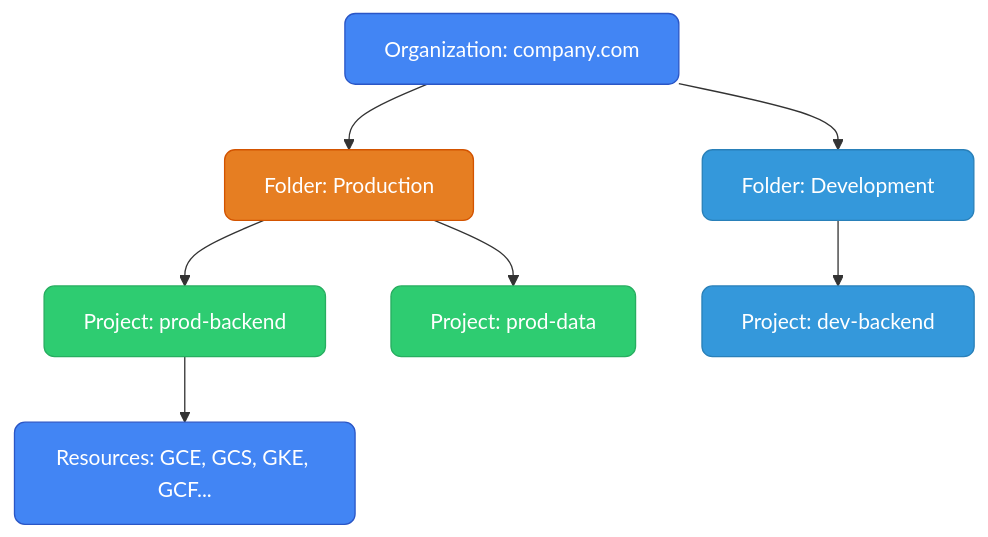
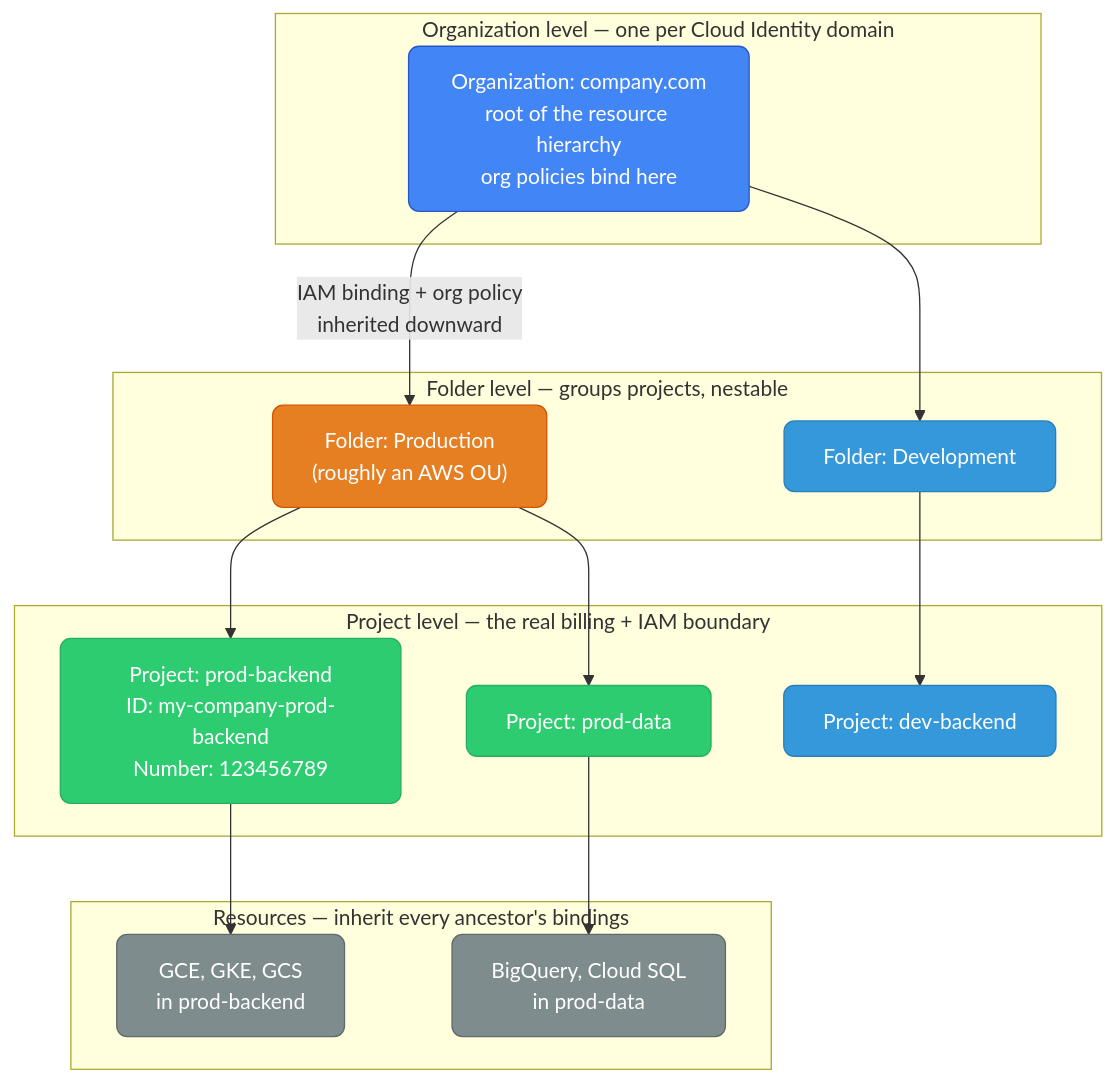
The first of 3 diagrams in gcp/from-aws.md (deepanshu-rawat6/DevOpsIndex), drawn with Mermaid before and after one commit. The commit also changed other lines of this file and 14 other files, not shown here.

````diff
--- a/gcp/from-aws.md
+++ b/gcp/from-aws.md
@@ -45,22 +65,37 @@
 ```mermaid
 graph TD
-    classDef gcp fill:#4285f4,stroke:#2a56c6,color:#fff,rx:8
-    classDef orange fill:#e67e22,stroke:#d35400,color:#fff,rx:8
-    classDef blue fill:#3498db,stroke:#2980b9,color:#fff,rx:8
-    classDef green fill:#2ecc71,stroke:#27ae60,color:#fff,rx:8
+    classDef org fill:#4285f4,stroke:#2a56c6,color:#fff,rx:8
+    classDef folderProd fill:#e67e22,stroke:#d35400,color:#fff,rx:8
+    classDef folderDev fill:#3498db,stroke:#2980b9,color:#fff,rx:8
+    classDef projectProd fill:#2ecc71,stroke:#27ae60,color:#fff,rx:8
+    classDef projectDev fill:#3498db,stroke:#2980b9,color:#fff,rx:8
+    classDef resource fill:#7f8c8d,stroke:#616a6b,color:#fff,rx:8
 
-    ORG["Organization: company.com"]:::gcp
-    FOLDER_P["Folder: Production"]:::orange
-    FOLDER_D["Folder: Development"]:::blue
-    PROJ1["Project: prod-backend"]:::green
-    PROJ2["Project: prod-data"]:::green
-    PROJ3["Project: dev-backend"]:::blue
-    RES["Resources: GCE, GCS, GKE, GCF..."]:::gcp
+    subgraph ORGLEVEL["Organization level — one per Cloud Identity domain"]
+        ORG["Organization: company.com<br/>root of the resource hierarchy<br/>org policies bind here"]:::org
+    end
 
-    ORG --> FOLDER_P
+    subgraph FOLDERLEVEL["Folder level — groups projects, nestable"]
+        FOLDER_P["Folder: Production<br/>(roughly an AWS OU)"]:::folderProd
+        FOLDER_D["Folder: Development"]:::folderDev
+    end
+
+    subgraph PROJECTLEVEL["Project level — the real billing + IAM boundary"]
+        PROJ1["Project: prod-backend<br/>ID: my-company-prod-backend<br/>Number: 123456789"]:::projectProd
+        PROJ2["Project: prod-data"]:::projectProd
+        PROJ3["Project: dev-backend"]:::projectDev
+    end
+
+    subgraph RESOURCELEVEL["Resources — inherit every ancestor's bindings"]
+        RES1["GCE, GKE, GCS<br/>in prod-backend"]:::resource
+        RES2["BigQuery, Cloud SQL<br/>in prod-data"]:::resource
+    end
+
+    ORG -->|"IAM binding + org policy<br/>inherited downward"| FOLDER_P
     ORG --> FOLDER_D
     FOLDER_P --> PROJ1
     FOLDER_P --> PROJ2
     FOLDER_D --> PROJ3
-    PROJ1 --> RES
+    PROJ1 --> RES1
+    PROJ2 --> RES2
 ```
````
